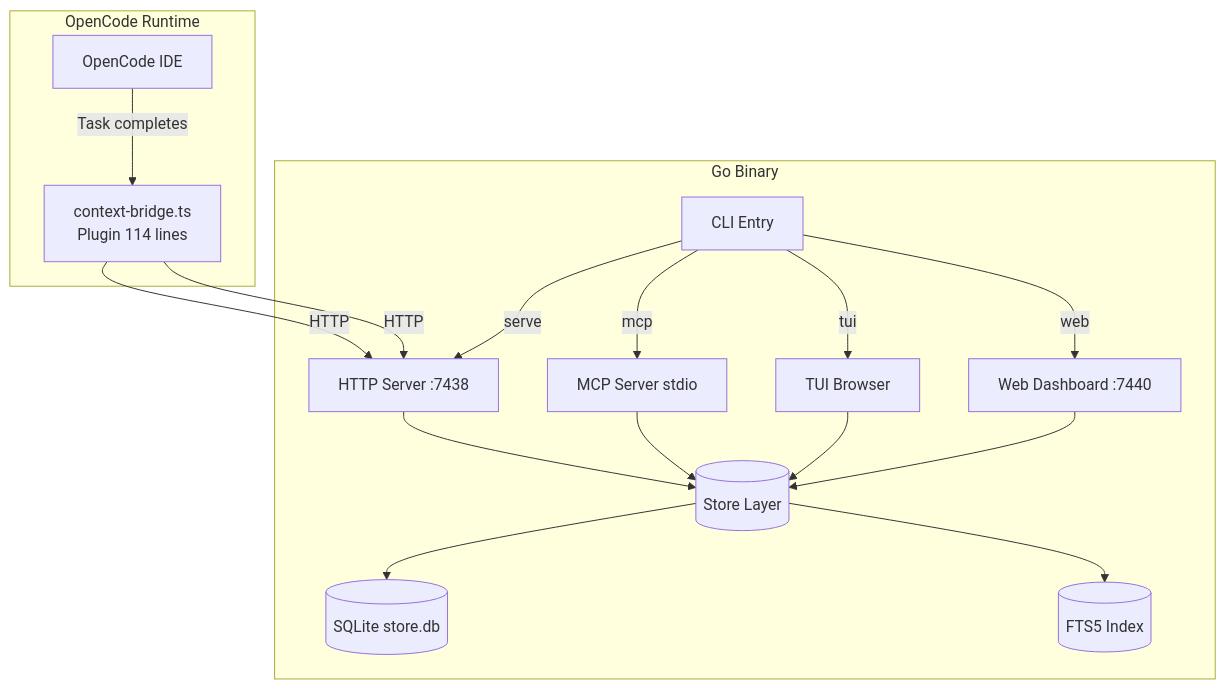
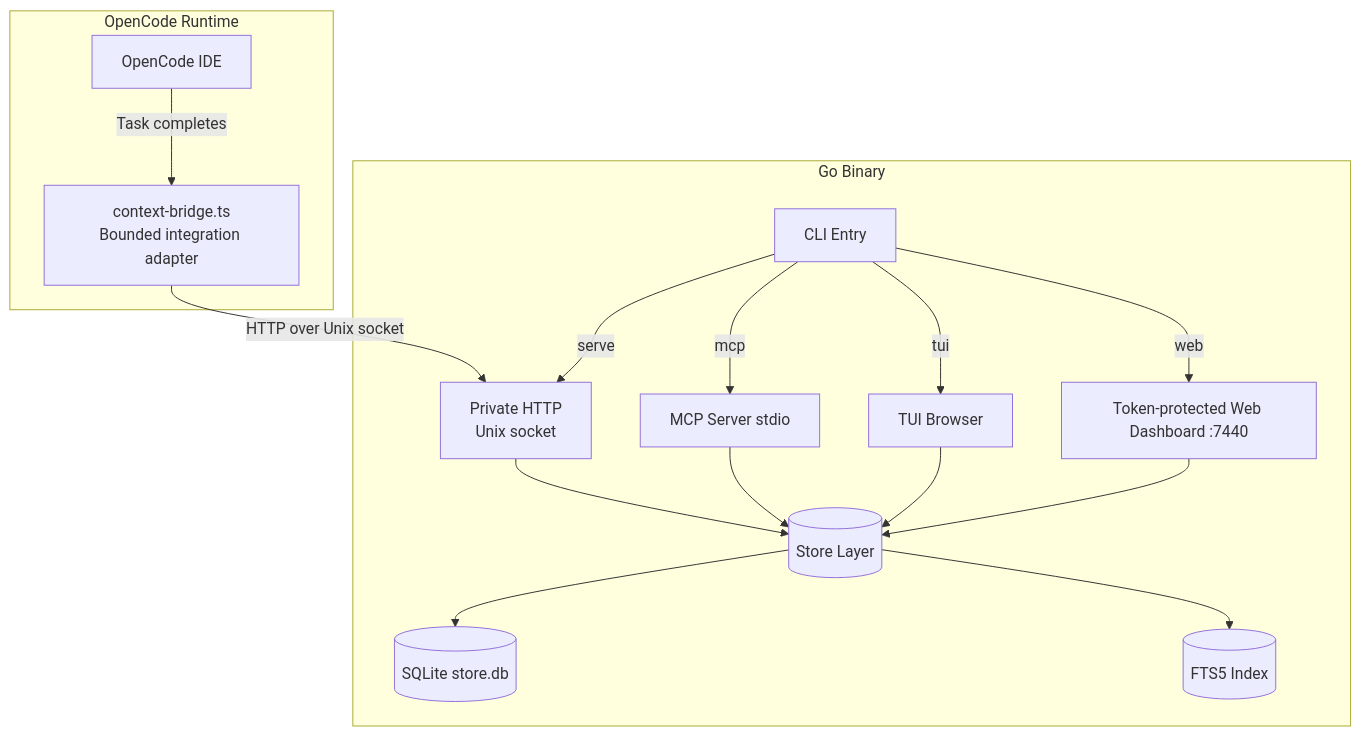
The fifth of 5 diagrams in README.md (Andres77872/context-bridge), drawn with Mermaid before and after one commit. The commit also changed other lines of this file and 44 other files, not shown here.

Commit message:
Refactor context bridge plugin: improve socket handling, enhance error messages, unify config resolution, and update fetch logic

````diff
--- a/README.md
+++ b/README.md
@@ -726,35 +905,34 @@
 ```mermaid
 flowchart TB
     subgraph OpenCode Runtime
         OC[OpenCode IDE]
-        P[context-bridge.ts<br/>Plugin 114 lines]
+        P[context-bridge.ts<br/>Bounded integration adapter]
     end
     
     subgraph Go Binary
         CMD[CLI Entry]
-        SRV[HTTP Server :7438]
+        SRV[Private HTTP<br/>Unix socket]
         MCP[MCP Server stdio]
         TUI[TUI Browser]
-        WEB[Web Dashboard :7440]
+        WEB[Token-protected Web Dashboard :7440]
         STORE[(Store Layer)]
         DB[(SQLite store.db)]
         FTS[(FTS5 Index)]
     end
     
     OC -->|Task completes| P
-    P -->|HTTP| SRV
-    P -->|HTTP| SRV
+    P -->|HTTP over Unix socket| SRV
     SRV --> STORE
     
     CMD -->|serve| SRV
     CMD -->|mcp| MCP
     CMD -->|tui| TUI
     CMD -->|web| WEB
     
     MCP --> STORE
     TUI --> STORE
     WEB --> STORE
     
     STORE --> DB
     STORE --> FTS
 ```
````
